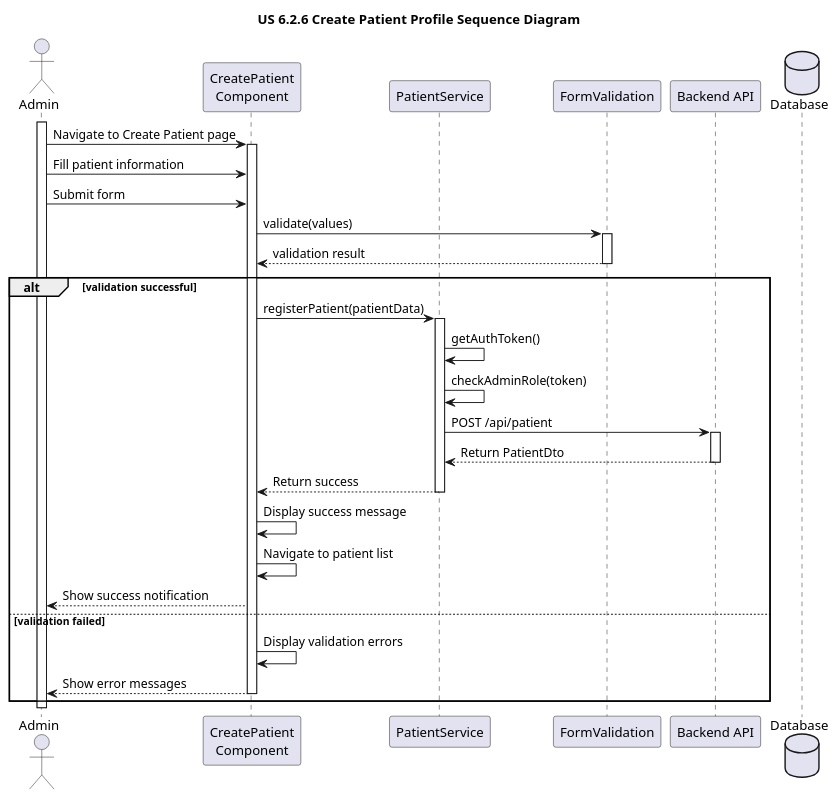
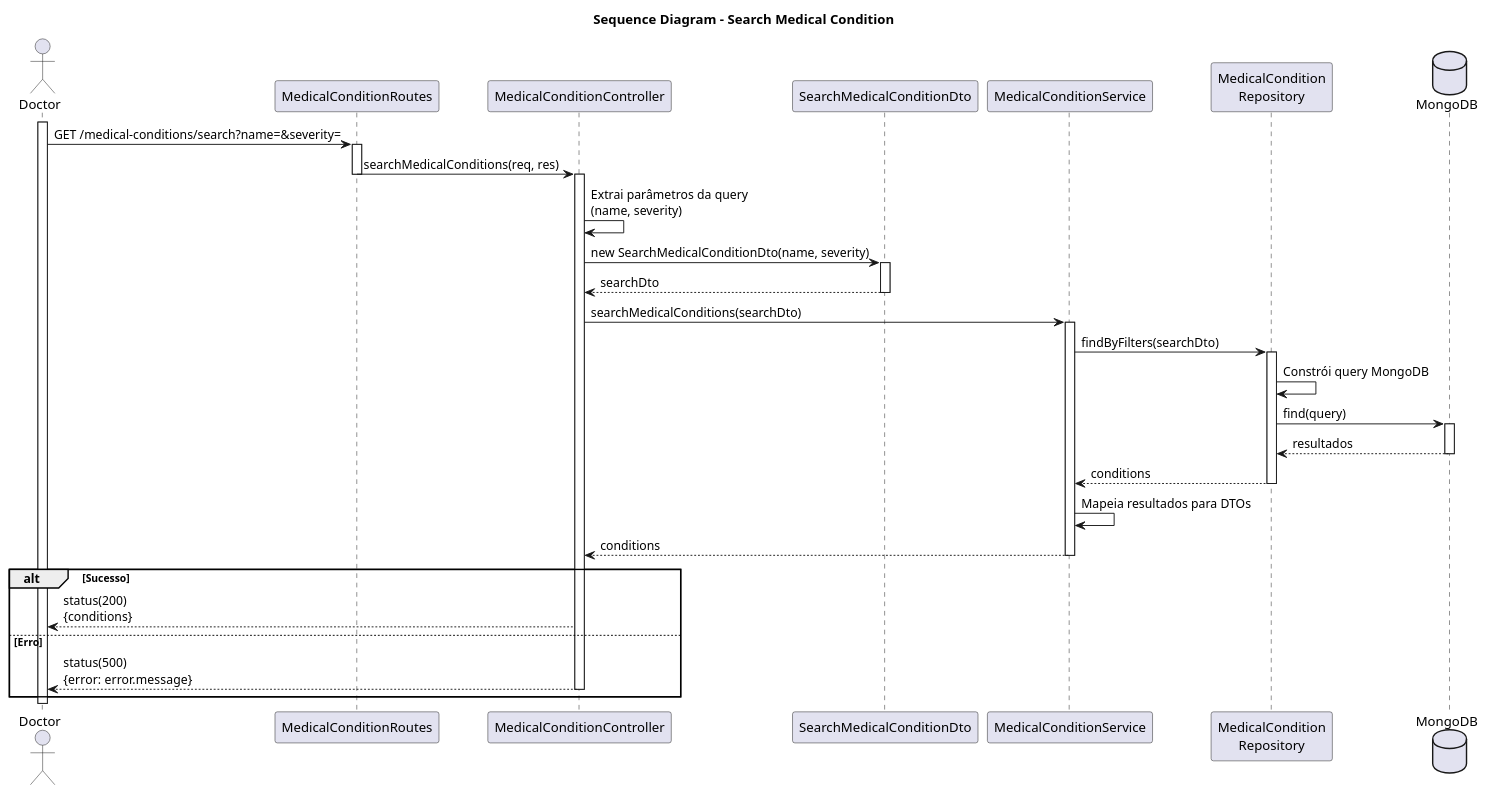
The diagram in docs/Sprint3/US 7.2.5/SD.puml (HugBar/3DC_G17), drawn with PlantUML before and after one commit. The commit also changed 3 other files, not shown here.

```diff
--- a/docs/Sprint3/US 7.2.5/SD.puml
+++ b/docs/Sprint3/US 7.2.5/SD.puml
@@ -1,45 +1,56 @@
 @startuml
-title "US 6.2.6 Create Patient Profile Sequence Diagram"
+title "Sequence Diagram - Search Medical Condition"
 
-actor Admin
-participant "CreatePatient\nComponent" as UI
-participant "PatientService" as PS
-participant "FormValidation" as FV
-participant "Backend API" as API
-database "Database" as DB
+actor Doctor
+participant "MedicalConditionRoutes" as Routes
+participant "MedicalConditionController" as Controller
+participant "SearchMedicalConditionDto" as SearchDTO
+participant "MedicalConditionService" as Service
+participant "MedicalCondition\nRepository" as Repo
+database "MongoDB" as DB
 
-activate Admin
-Admin -> UI: Navigate to Create Patient page
-activate UI
+activate Doctor
+Doctor -> Routes: GET /medical-conditions/search?name=&severity=
+activate Routes
 
-Admin -> UI: Fill patient information
-Admin -> UI: Submit form
+Routes -> Controller: searchMedicalConditions(req, res)
+deactivate Routes
 
-UI -> FV: validate(values)
-activate FV
-FV --> UI: validation result
-deactivate FV
+activate Controller
 
-alt validation successful
-    UI -> PS: registerPatient(patientData)
-    activate PS
-    PS -> PS: getAuthToken()
-    PS -> PS: checkAdminRole(token)
-    PS -> API: POST /api/patient
-    activate API
-    API --> PS: Return PatientDto
-    deactivate API
-    PS --> UI: Return success
-    deactivate PS
-    UI -> UI: Display success message
-    UI -> UI: Navigate to patient list
-    UI --> Admin: Show success notification
-else validation failed
-    UI -> UI: Display validation errors
-    UI --> Admin: Show error messages
-    deactivate
+Controller -> Controller: Extrai parâmetros da query\n(name, severity)
+
+Controller -> SearchDTO: new SearchMedicalConditionDto(name, severity)
+activate SearchDTO
+SearchDTO --> Controller: searchDto
+deactivate SearchDTO
+
+Controller -> Service: searchMedicalConditions(searchDto)
+activate Service
+
+Service -> Repo: findByFilters(searchDto)
+activate Repo
+
+Repo -> Repo: Constrói query MongoDB
+
+Repo -> DB: find(query)
+activate DB
+DB --> Repo: resultados
+deactivate DB
+
+Repo --> Service: conditions
+deactivate Repo
+
+Service -> Service: Mapeia resultados para DTOs
+Service --> Controller: conditions
+deactivate Service
+
+alt Sucesso
+    Controller --> Doctor: status(200)\n{conditions}
+else Erro
+    Controller --> Doctor: status(500)\n{error: error.message}
+    deactivate Controller
 end
 
-deactivate UI
-deactivate Admin
+deactivate Doctor
 @enduml
```
